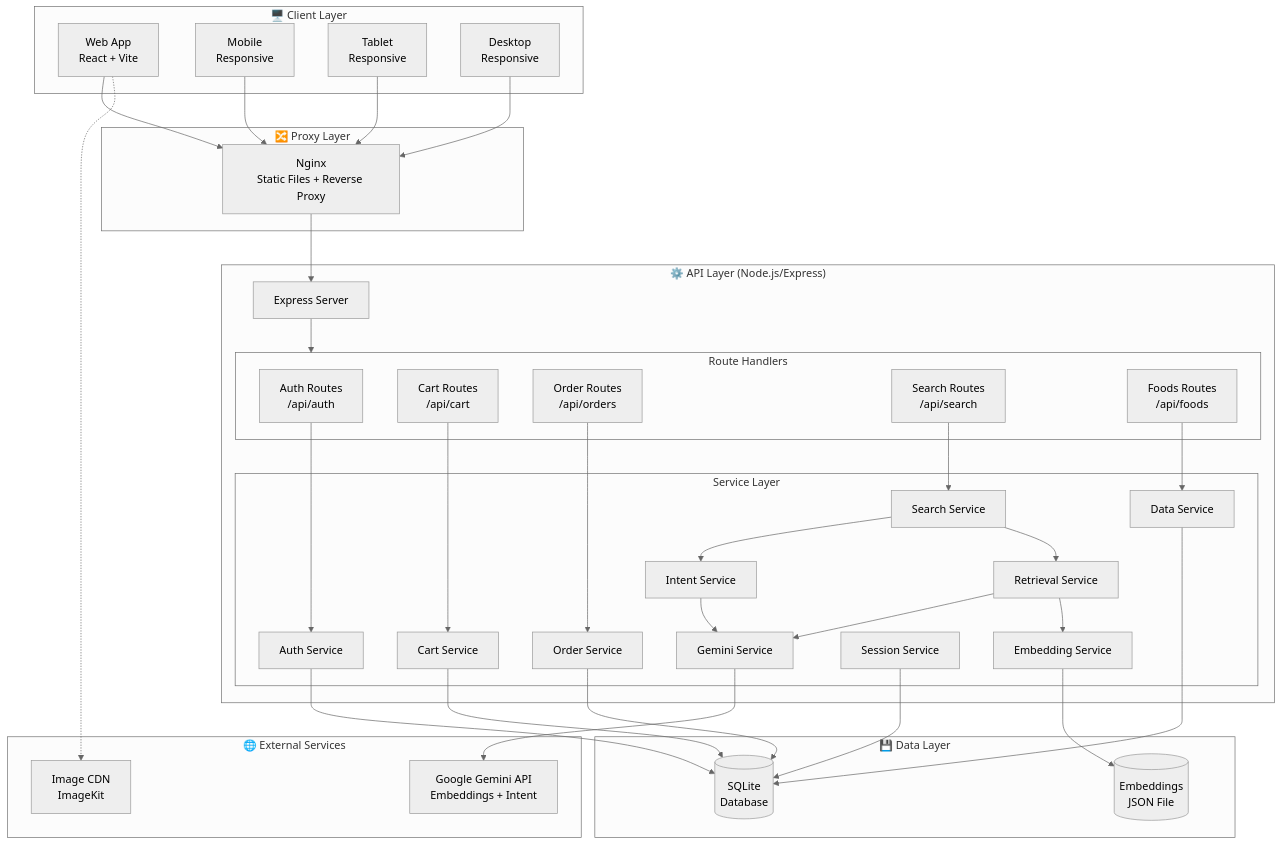
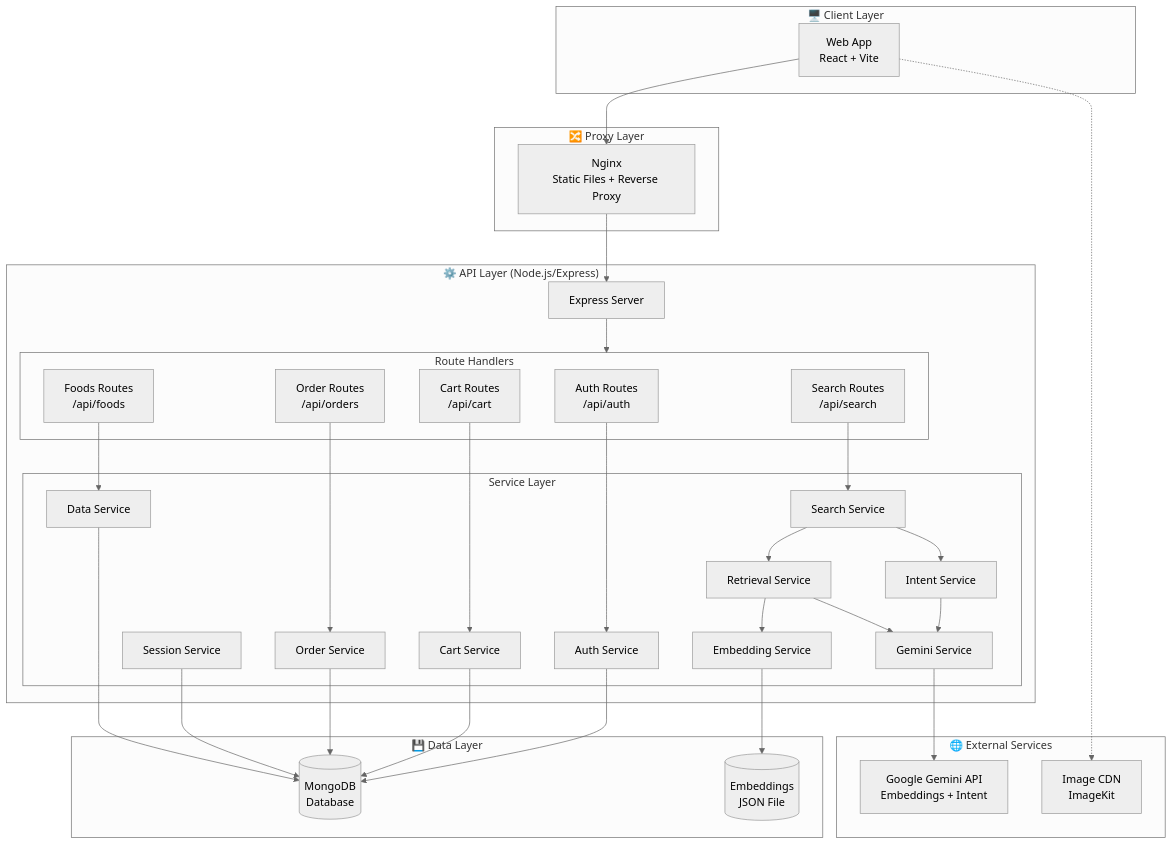
One commit to aliarslanansari/ai-food-ordering-system changed the first of 7 diagrams in README.md. Above: the diagram before and after it, drawn with Mermaid (neutral theme). The commit also changed other lines of this file and 5 other files, not shown here.

````diff
--- a/README.md
+++ b/README.md
@@ -427,78 +44,71 @@
 ```mermaid
 flowchart TB
     subgraph Client["🖥️ Client Layer"]
         Web["Web App<br/>React + Vite"]
-        Mobile["Mobile<br/>Responsive"]
-        Tablet["Tablet<br/>Responsive"]
-        Desktop["Desktop<br/>Responsive"]
     end
     
     subgraph Proxy["🔀 Proxy Layer"]
         Nginx["Nginx<br/>Static Files + Reverse Proxy"]
     end
     
     subgraph API["⚙️ API Layer (Node.js/Express)"]
         Express["Express Server"]
         
         subgraph Routes["Route Handlers"]
             AuthR["Auth Routes<br/>/api/auth"]
             CartR["Cart Routes<br/>/api/cart"]
             OrderR["Order Routes<br/>/api/orders"]
             SearchR["Search Routes<br/>/api/search"]
             FoodsR["Foods Routes<br/>/api/foods"]
         end
         
         subgraph Services["Service Layer"]
             AuthSvc["Auth Service"]
             CartSvc["Cart Service"]
             OrderSvc["Order Service"]
             SearchSvc["Search Service"]
             IntentSvc["Intent Service"]
             RetrievalSvc["Retrieval Service"]
             GeminiSvc["Gemini Service"]
             SessionSvc["Session Service"]
             DataSvc["Data Service"]
             EmbedSvc["Embedding Service"]
         end
     end
     
     subgraph Data["💾 Data Layer"]
-        SQLite[("SQLite<br/>Database")]
+        MongoDB[("MongoDB<br/>Database")]
         Embeddings[("Embeddings<br/>JSON File")]
     end
     
     subgraph External["🌐 External Services"]
         GeminiAPI["Google Gemini API<br/>Embeddings + Intent"]
         CDN["Image CDN<br/>ImageKit"]
     end
     
     Web --> Nginx
-    Mobile --> Nginx
-    Tablet --> Nginx
-    Desktop --> Nginx
-    
     Nginx --> Express
     Express --> Routes
     
     AuthR --> AuthSvc
     CartR --> CartSvc
     OrderR --> OrderSvc
     SearchR --> SearchSvc
     FoodsR --> DataSvc
     
     SearchSvc --> IntentSvc
     SearchSvc --> RetrievalSvc
     IntentSvc --> GeminiSvc
     RetrievalSvc --> GeminiSvc
     RetrievalSvc --> EmbedSvc
     GeminiSvc --> GeminiAPI
     
-    AuthSvc --> SQLite
-    CartSvc --> SQLite
-    OrderSvc --> SQLite
-    SessionSvc --> SQLite
-    DataSvc --> SQLite
+    AuthSvc --> MongoDB
+    CartSvc --> MongoDB
+    OrderSvc --> MongoDB
+    SessionSvc --> MongoDB
+    DataSvc --> MongoDB
     EmbedSvc --> Embeddings
     
     Web -.-> CDN
 ```
````
